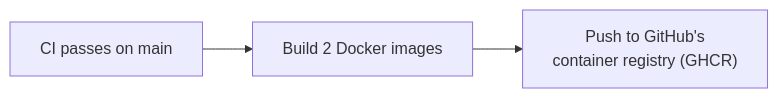
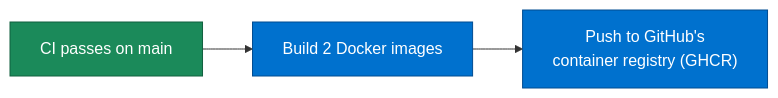
One commit to Nitinx12/DBT-Medallion-Pipeline changed the fourth of 4 diagrams in docs/ci-cd.md. Above: the diagram before and after it, drawn with Mermaid. The commit also changed other lines of this file and 2 other files, not shown here.

First line of the commit message:
docs: color mermaid diagrams and fix attached counts

````diff
--- a/docs/ci-cd.md
+++ b/docs/ci-cd.md
@@ -70,5 +100,10 @@
 ```mermaid
 flowchart LR
     A["CI passes on main"] --> B["Build 2 Docker images"]
     B --> C["Push to GitHub's<br/>container registry (GHCR)"]
+
+    classDef good fill:#1B8A5A,color:#fff,stroke:#11603e
+    classDef action fill:#0071CE,color:#fff,stroke:#004C91
+    class A good
+    class B,C action
 ```
````
